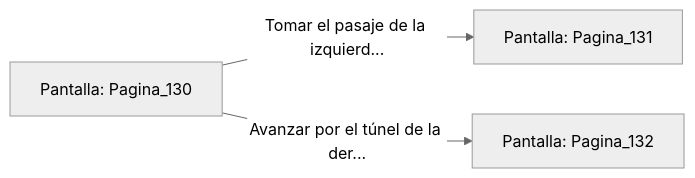
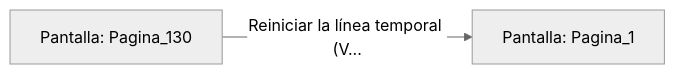
One commit to metsuke/mpl changed the diagram in sample/eligejuego-vault/Pantalla_Pagina_130.md. Above: the diagram before and after it, drawn with Mermaid (neutral theme). The commit also changed other lines of this file and 635 other files, not shown here.

First line of the commit message:
fix: añadir Pagina_1 como pantalla inicial en capitulo_01.mpl

````diff
--- a/sample/eligejuego-vault/Pantalla_Pagina_130.md
+++ b/sample/eligejuego-vault/Pantalla_Pagina_130.md
@@ -20,6 +17,5 @@
 ```mermaid
 graph LR
     P_Pagina_130["Pantalla: Pagina_130"]
-    P_Pagina_130 -->|"Tomar el pasaje de la izquierd..."| P_Pagina_131["Pantalla: Pagina_131"]
-    P_Pagina_130 -->|"Avanzar por el túnel de la der..."| P_Pagina_132["Pantalla: Pagina_132"]
+    P_Pagina_130 -->|"Reiniciar la línea temporal (V..."| P_Pagina_1["Pantalla: Pagina_1"]
 ```
````
